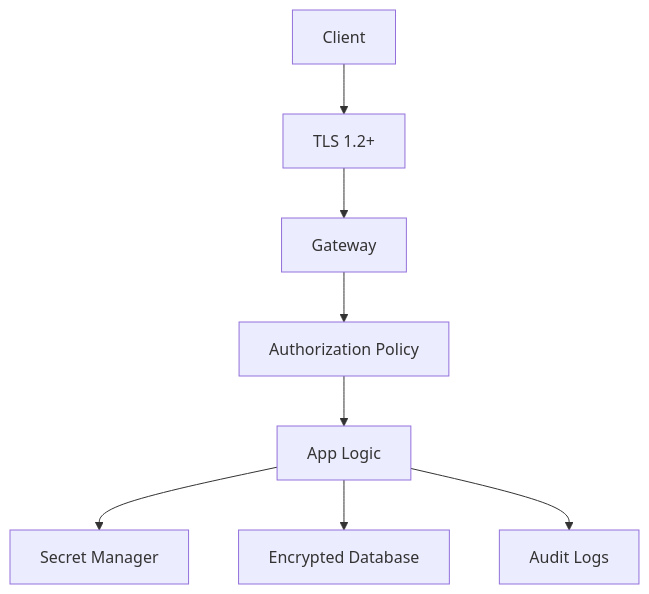
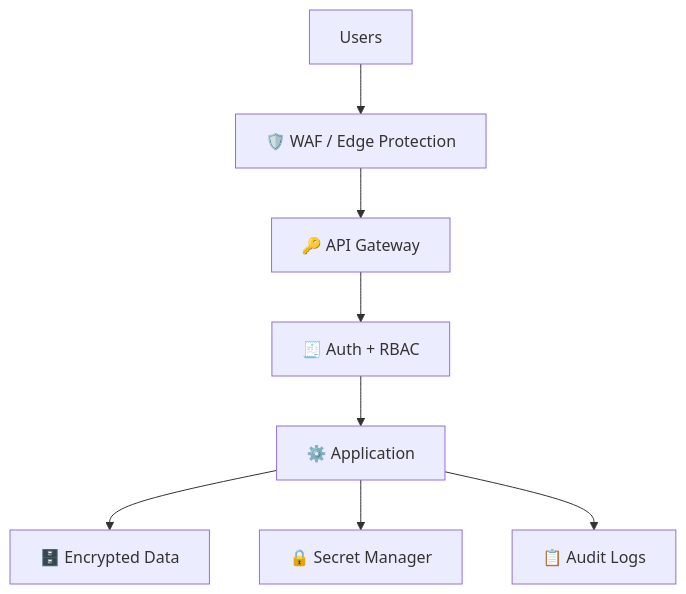
Before and after one commit to quesiblaq442-del/architecture-diagram: the sixth of 26 diagrams in ARCHITECTURE.md, drawn with Mermaid. The commit also changed other lines of this file, not shown here.

Commit message:
Refresh the architecture document for a more polished, eye-catching overview

````diff
--- a/ARCHITECTURE.md
+++ b/ARCHITECTURE.md
@@ -154,10 +175,10 @@
 ```mermaid
 graph TB
-    Client["Client"] --> TLS["TLS 1.2+"]
-    TLS --> Gateway["Gateway"]
-    Gateway --> Policy["Authorization Policy"]
-    Policy --> App["App Logic"]
-    App --> Secrets["Secret Manager"]
-    App --> DB["Encrypted Database"]
-    App --> Logs["Audit Logs"]
+    Users["Users"] --> WAF["🛡️ WAF / Edge Protection"]
+    WAF --> Gateway["🔑 API Gateway"]
+    Gateway --> Policy["🧾 Auth + RBAC"]
+    Policy --> App["⚙️ Application"]
+    App --> DB["🗄️ Encrypted Data"]
+    App --> Secrets["🔒 Secret Manager"]
+    App --> Logs["📋 Audit Logs"]
 ```
````
